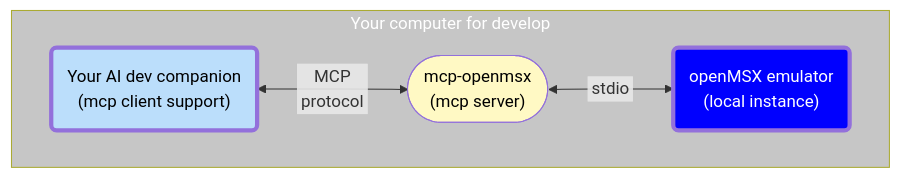
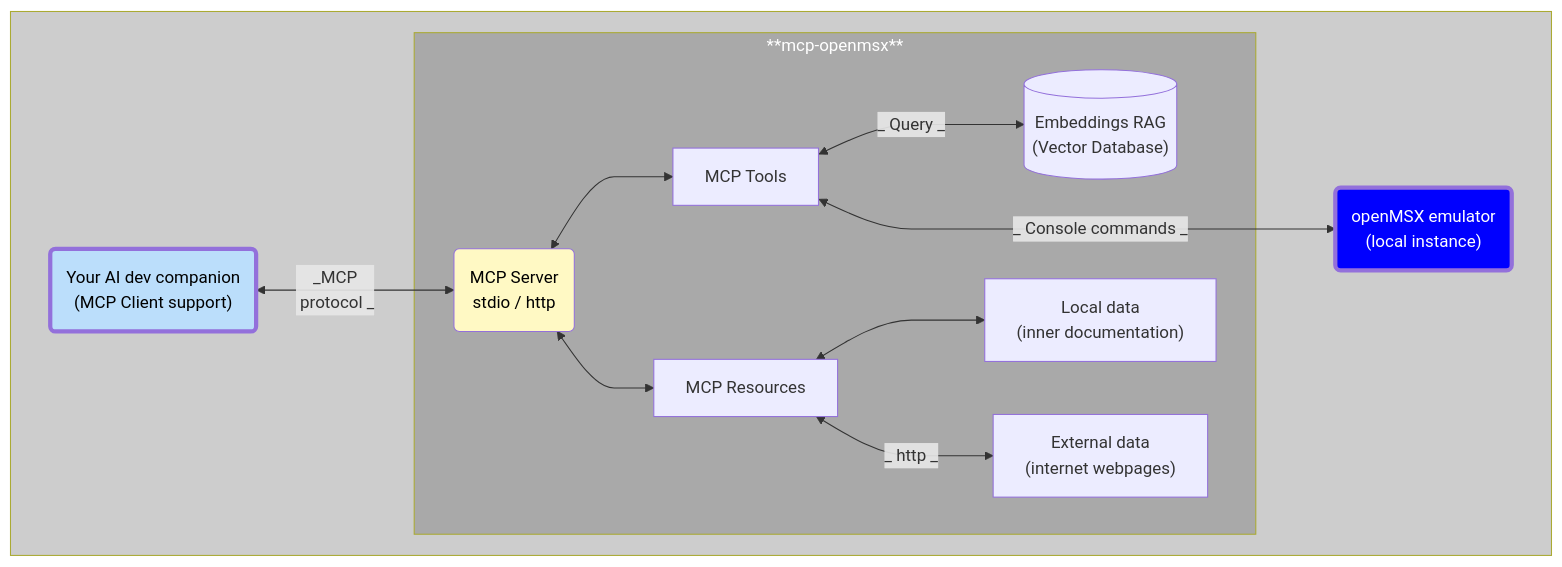
The diagram in README.md (nataliapc/mcp-openmsx), drawn with Mermaid before and after one commit.

Commit message:
Refines architecture diagram in README.md to enhance clarity and detail of MCP server interactions

````diff
--- a/README.md
+++ b/README.md
@@ -32,16 +32,34 @@
 ```mermaid
 flowchart TB
-  subgraph subGraph0["Your computer for develop"]
-    HOST["Your AI dev companion<br>(mcp client support)"]
-    MCP(["mcp-openmsx<br>(mcp server)"])
+  %%{init: {'flowchart': {'curve':'monotoneX' }}}%%
+
+  subgraph yourComputerGroup[" "]
+    HOST["Your AI dev companion<br>(MCP Client support)"]
     EMU["openMSX emulator<br>(local instance)"]
-    HOST <--&nbsp;MCP&nbsp;<br>&nbsp;protocol&nbsp;--> MCP
-    MCP <--&nbsp;stdio&nbsp;--> EMU
+
+    subgraph mcpGroup["**mcp-openmsx**"]
+      MCP["MCP Server<br>stdio / http"]
+      TOOLS["MCP Tools"]
+      VECTORDB[("Embeddings RAG<br>(Vector Database)")]
+      RESOURCES["MCP Resources"]
+      LOCALDATA["Local data<br>(inner documentation)"]
+      EXTDATA["External data<br>(internet webpages)"]
+    end
+
+    HOST <--"_MCP<br>&nbsp;protocol&nbsp;_"--> MCP
+    MCP <--> TOOLS & RESOURCES
+    TOOLS <--"_&nbsp;Query&nbsp;_"--> VECTORDB
+    TOOLS <--"_&nbsp;Console commands&nbsp;_"---> EMU
+    RESOURCES <--> LOCALDATA
+    RESOURCES <--_&nbsp;http&nbsp;_--> EXTDATA
   end
-    HOST@{ shape: rounded}
-    EMU@{ shape: rounded}
-    style subGraph0 color:#fff,fill:#5555
-    style HOST color:#000000,fill:#BBDEFB,stroke-width:4px,stroke-dasharray:0
-    style MCP color:#000000,fill:#FFF9C4
-    style EMU color:#FFFFFF,fill:#0000FF,stroke-width:4px,stroke-dasharray:0
+
+  HOST@{ shape: rounded }
+  MCP@{ shape: rounded }
+  EMU@{ shape: rounded }
+  style yourComputerGroup color:#fff,fill:#4444,text-align:left
+  style mcpGroup color:#fff,fill:#4444
+  style HOST color:#000000,fill:#BBDEFB,stroke-width:4px,stroke-dasharray:0
+  style MCP color:#000000,fill:#FFF9C4
+  style EMU color:#FFFFFF,fill:#0000FF,stroke-width:4px,stroke-dasharray:0
 ```
````
